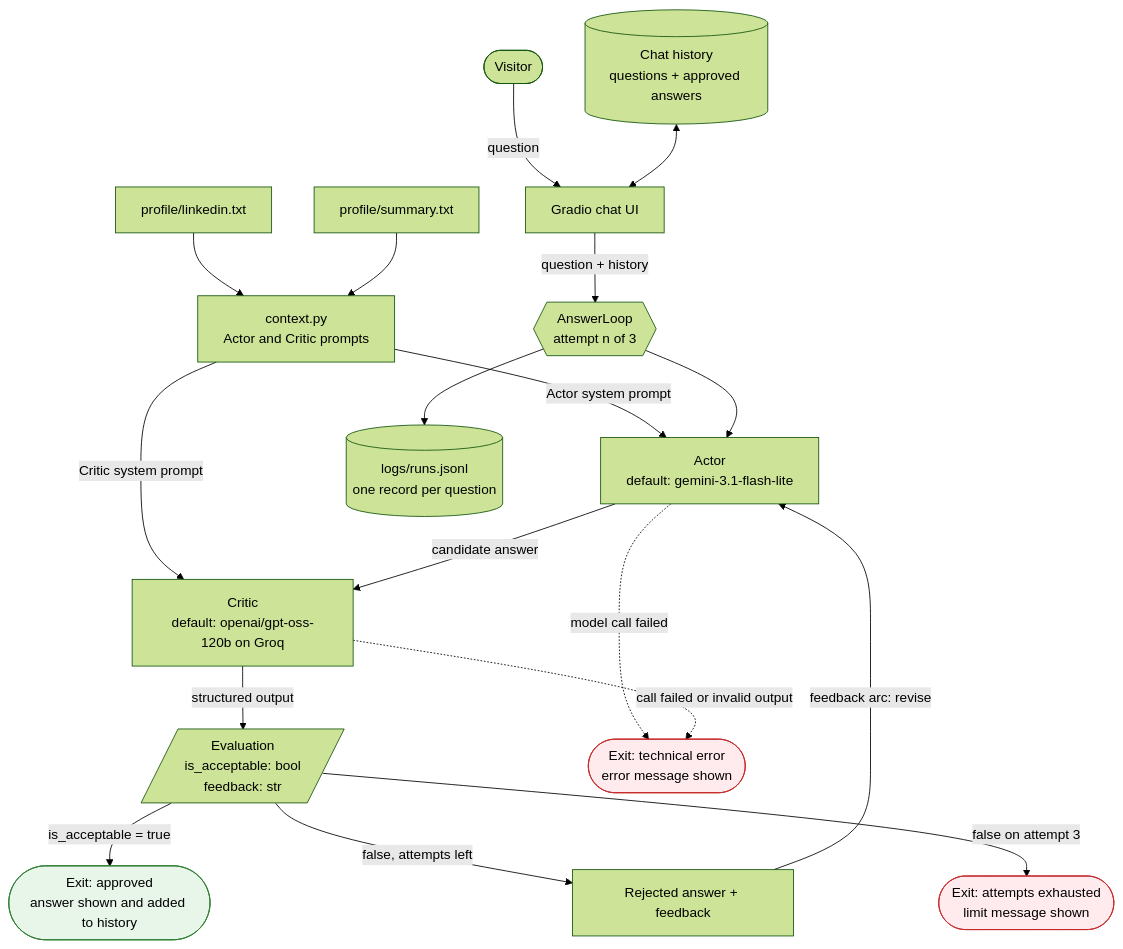
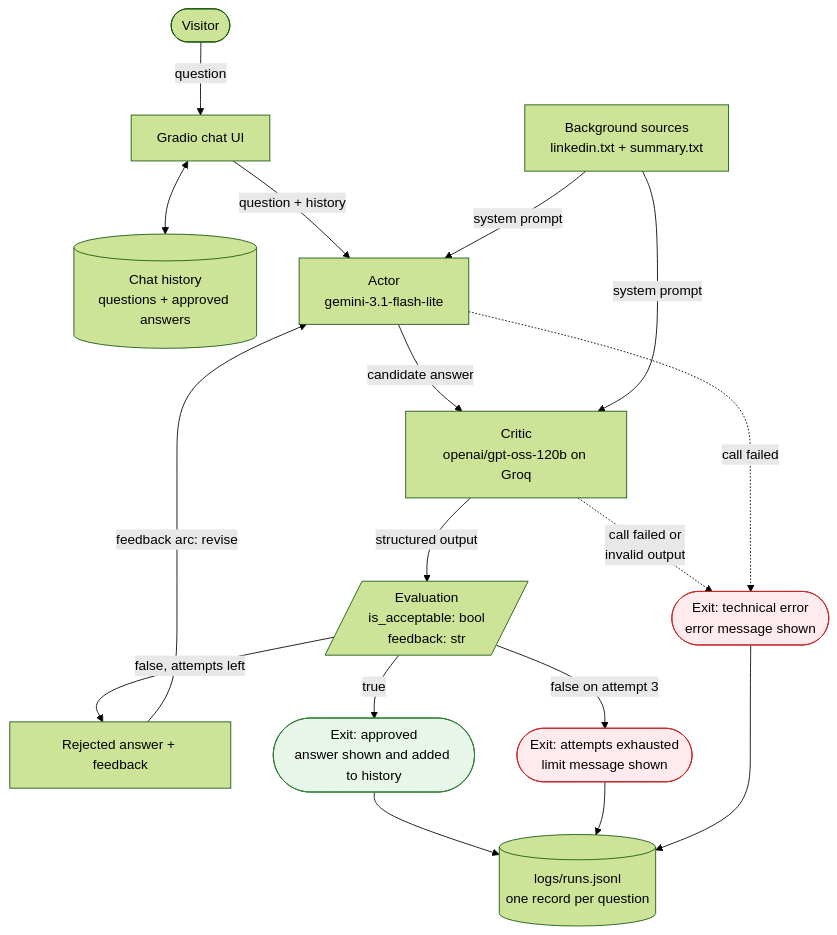
The diagram in docs/architecture.md (OmerSam21/profile-chatbot), drawn with Mermaid (forest theme) before and after one commit. The commit also changed 6 other files, not shown here.

````diff
--- a/docs/architecture.md
+++ b/docs/architecture.md
@@ -3,31 +3,28 @@
 ```mermaid
 flowchart TD
-    LI["profile/linkedin.txt"] --> CTX["context.py<br/>Actor and Critic prompts"]
-    SU["profile/summary.txt"] --> CTX
+    V(["Visitor"]) -->|"question"| UI["Gradio chat UI"]
+    UI <--> H[("Chat history<br/>questions + approved answers")]
+    SRC["Background sources<br/>linkedin.txt + summary.txt"]
 
-    V(["Visitor"]) -->|"question"| UI["Gradio chat UI"]
-    H[("Chat history<br/>questions + approved answers")] <--> UI
-    UI -->|"question + history"| LOOP{{"AnswerLoop<br/>attempt n of 3"}}
-
-    CTX -->|"Actor system prompt"| A
-    CTX -->|"Critic system prompt"| C
-
-    LOOP --> A["Actor<br/>default: gemini-3.1-flash-lite"]
-    A -->|"candidate answer"| C["Critic<br/>default: openai/gpt-oss-120b on Groq"]
+    UI -->|"question + history"| A["Actor<br/>gemini-3.1-flash-lite"]
+    SRC -->|"system prompt"| A
+    A -->|"candidate answer"| C["Critic<br/>openai/gpt-oss-120b on Groq"]
+    SRC -->|"system prompt"| C
     C -->|"structured output"| E[/"Evaluation<br/>is_acceptable: bool<br/>feedback: str"/]
-
-    E -->|"is_acceptable = true"| OK(["Exit: approved<br/>answer shown and added to history"])
     E -->|"false, attempts left"| FB["Rejected answer + feedback"]
     FB -->|"feedback arc: revise"| A
+
+    E -->|"true"| OK(["Exit: approved<br/>answer shown and added to history"])
     E -->|"false on attempt 3"| EX(["Exit: attempts exhausted<br/>limit message shown"])
+    C -.->|"call failed or<br/>invalid output"| ERR(["Exit: technical error<br/>error message shown"])
+    A -.->|"call failed"| ERR
 
-    A -.->|"model call failed"| ERR(["Exit: technical error<br/>error message shown"])
-    C -.->|"call failed or invalid output"| ERR
-
-    LOOP --> LOG[("logs/runs.jsonl<br/>one record per question")]
+    OK --> LOG[("logs/runs.jsonl<br/>one record per question")]
+    EX --> LOG
+    ERR --> LOG
 
     classDef exit fill:#e8f5e9,stroke:#2e7d32
     classDef fail fill:#ffebee,stroke:#c62828
     class OK exit
     class EX,ERR fail
 ```
````
